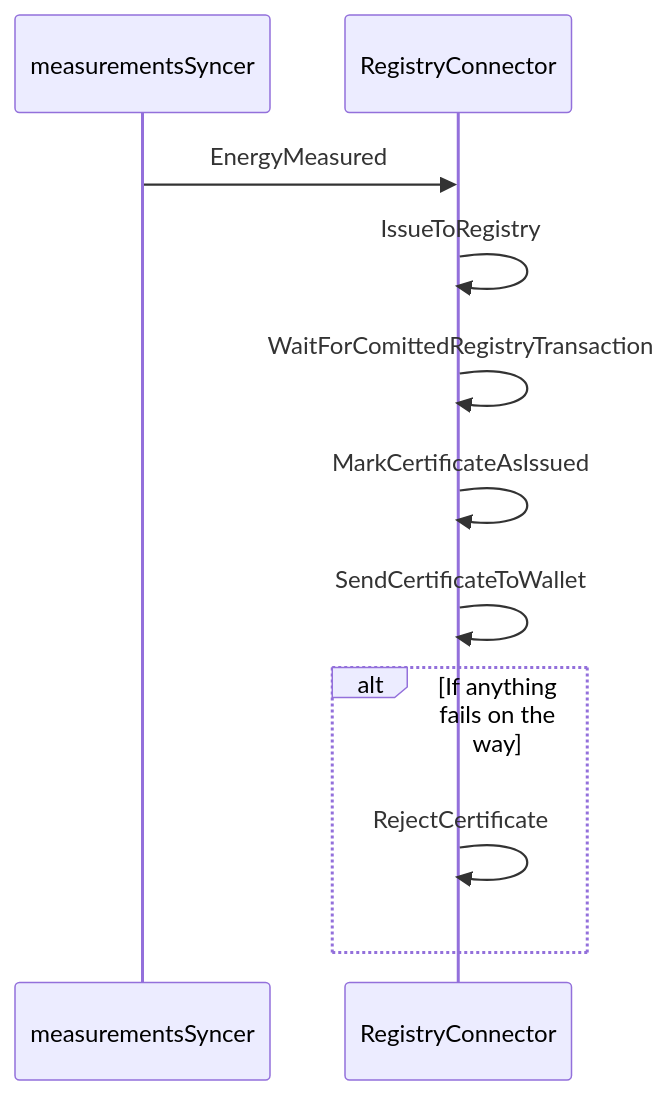
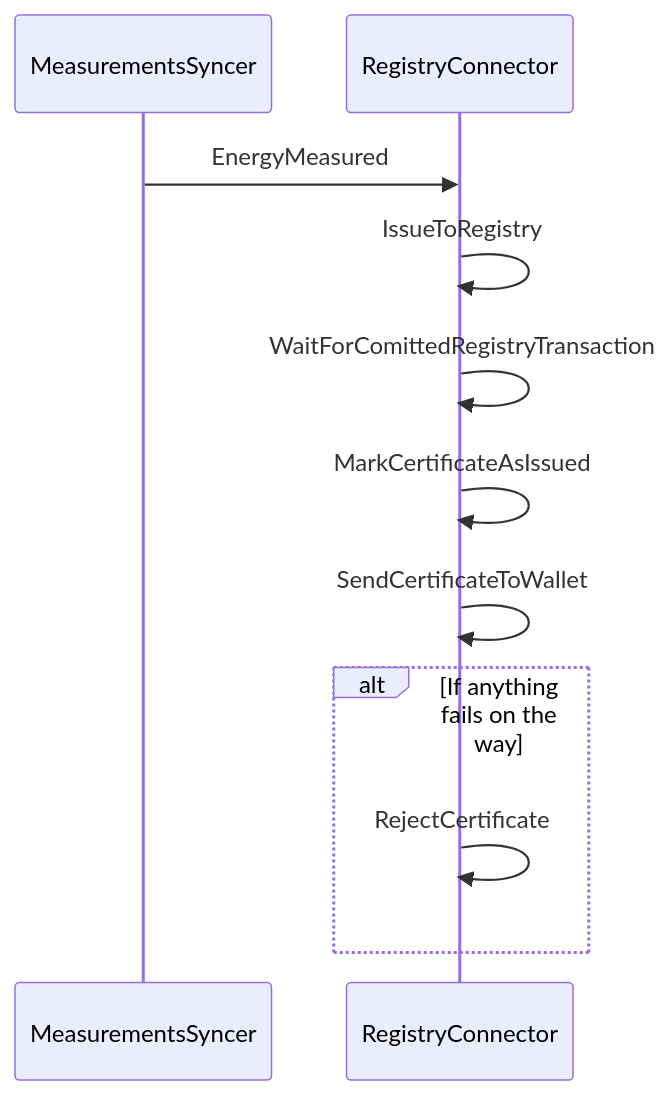
Before and after one commit to Energinet-DataHub/energy-origin: the diagram in doc/architecture/domains/certificates.md, drawn with Mermaid.

Commit message:
small correction

````diff
--- a/doc/architecture/domains/certificates.md
+++ b/doc/architecture/domains/certificates.md
@@ -23,15 +23,15 @@
 ```mermaid
 sequenceDiagram
-    participant ms as measurementsSyncer
+    participant ms as MeasurementsSyncer
     participant rc as RegistryConnector
 
     ms->>rc: EnergyMeasured
     rc->>rc: IssueToRegistry
     rc->>rc: WaitForComittedRegistryTransaction
     rc->>rc: MarkCertificateAsIssued
     rc->>rc: SendCertificateToWallet
 
     alt If anything fails on the way
         rc->>rc: RejectCertificate
     end
 ```
````
